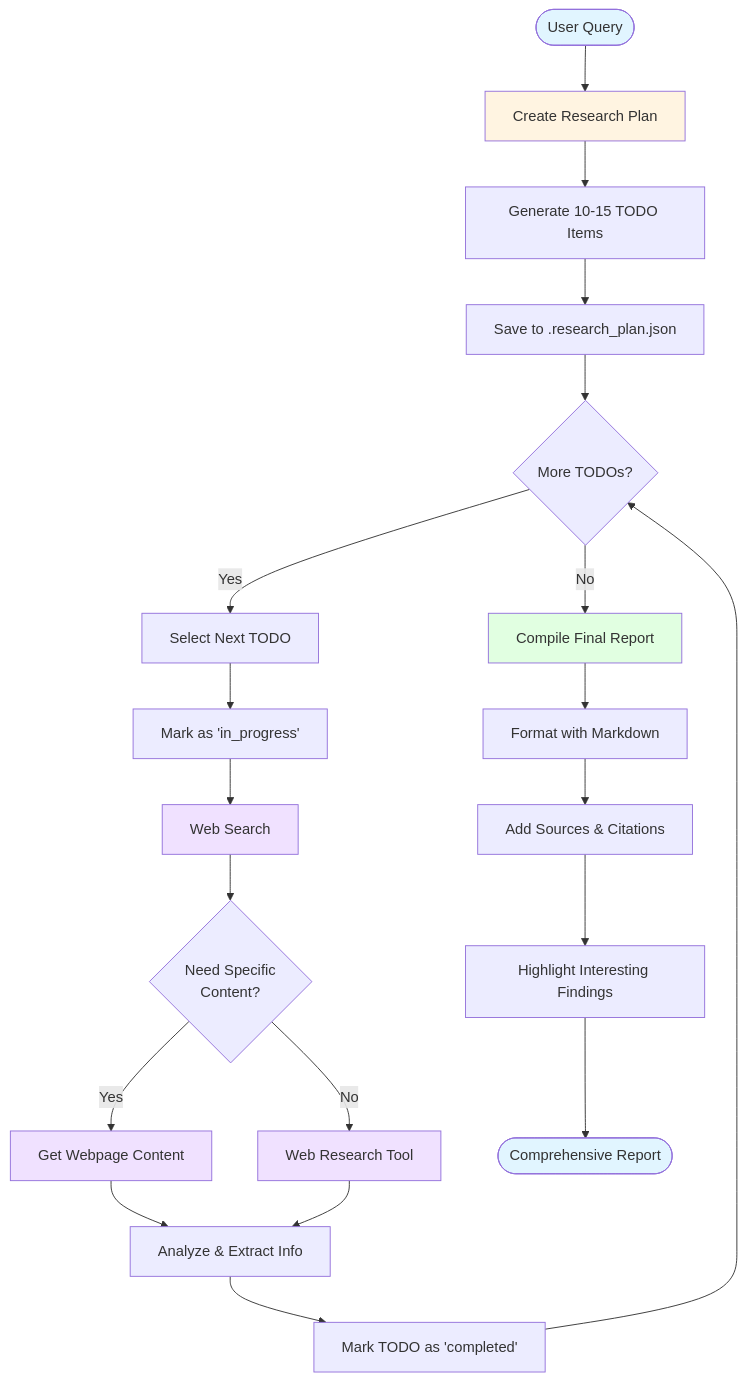
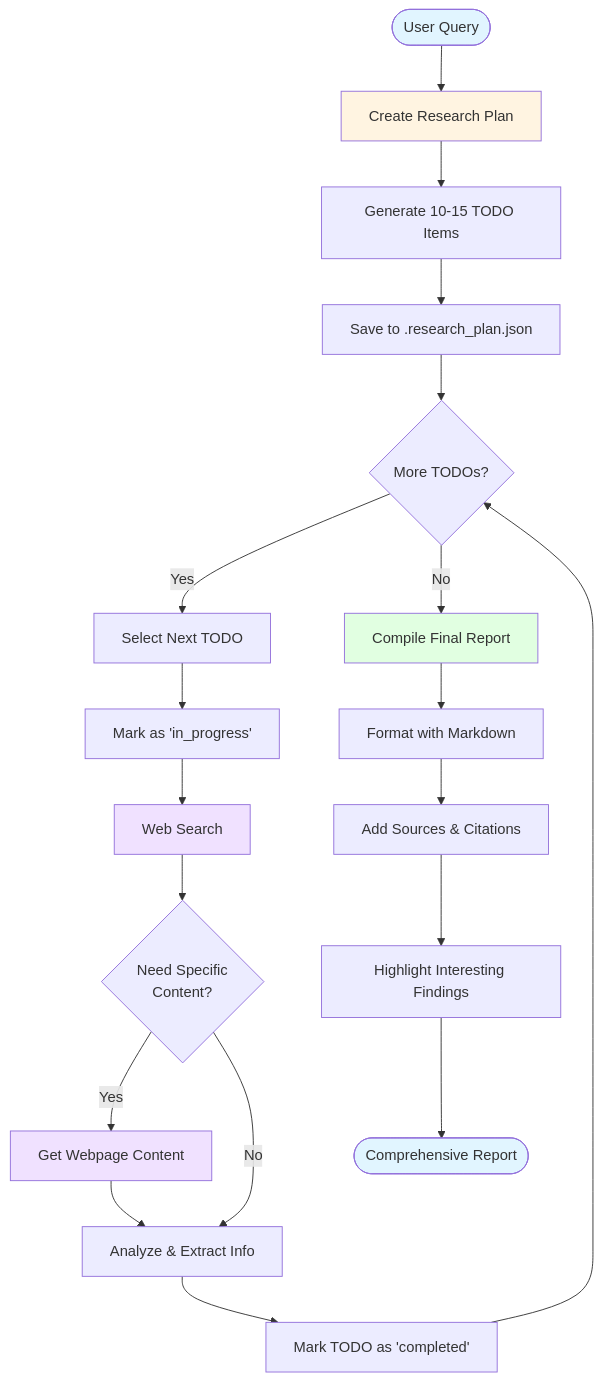
Before and after one commit to Arkel-ai/deep-research-exp: the diagram in README.md, drawn with Mermaid. The commit also changed other lines of this file and 3 other files, not shown here.

Commit message:
Removes unused `web_research_tool`

````diff
--- a/README.md
+++ b/README.md
@@ -71,40 +70,38 @@
 ```mermaid
 flowchart TD
     Start([User Query]) --> Plan[Create Research Plan]
   
     Plan --> TODO[Generate 10-15 TODO Items]
     TODO --> Save[Save to .research_plan.json]
   
     Save --> Loop{More TODOs?}
   
     Loop -->|Yes| Select[Select Next TODO]
     Select --> MarkIP[Mark as 'in_progress']
   
     MarkIP --> Search[Web Search]
     Search --> Filter{Need Specific<br/>Content?}
   
     Filter -->|Yes| GetContent[Get Webpage Content]
-    Filter -->|No| Research[Web Research Tool]
+    Filter -->|No| Analyze[Analyze & Extract Info]
   
-    GetContent --> Analyze[Analyze & Extract Info]
-    Research --> Analyze
+    GetContent --> Analyze
   
     Analyze --> MarkDone[Mark TODO as 'completed']
     MarkDone --> Loop
   
     Loop -->|No| Compile[Compile Final Report]
   
     Compile --> Format[Format with Markdown]
     Format --> Sources[Add Sources & Citations]
     Sources --> Insights[Highlight Interesting Findings]
   
     Insights --> Output([Comprehensive Report])
   
     style Start fill:#e1f5ff
     style Plan fill:#fff4e1
     style Search fill:#f0e1ff
     style GetContent fill:#f0e1ff
-    style Research fill:#f0e1ff
     style Compile fill:#e1ffe1
     style Output fill:#e1f5ff
 ```
````
